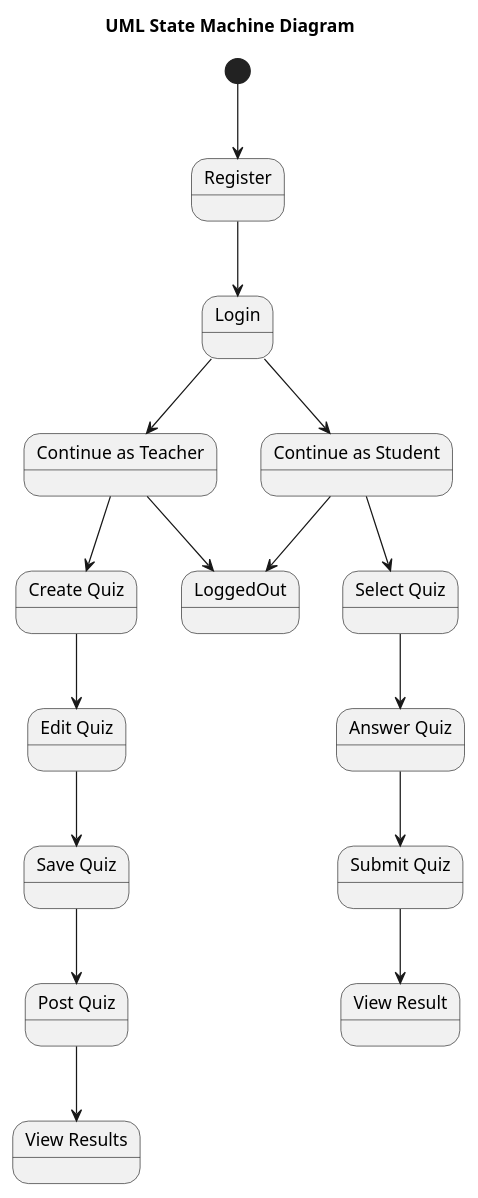
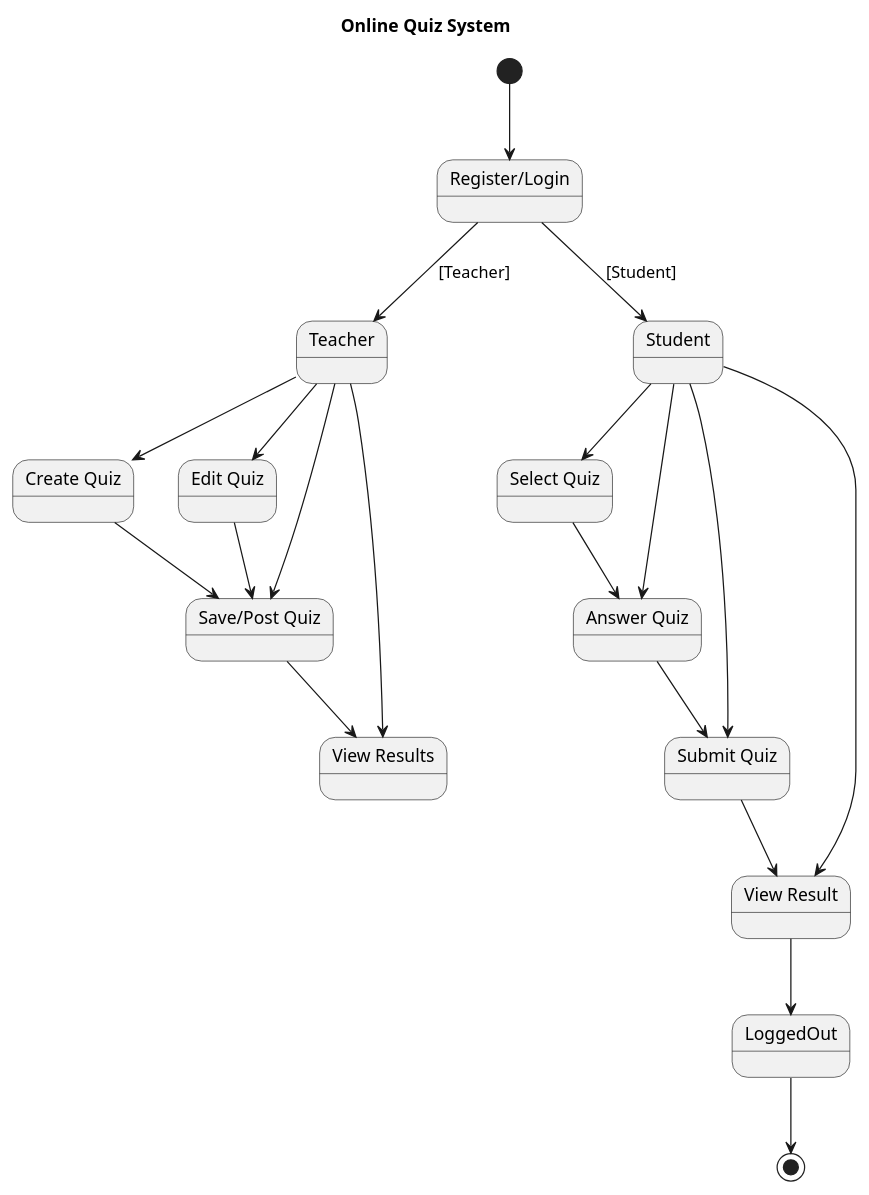
Before and after one commit to maimunafaria/State_transition_Diagram_generated_by_LLM: the diagram in results/plantuml_pipeline/runs/open_source__llama31_8b_instruct__rag_validation_generator_critic_repair/case_37_online_quiz_system/run_01.repair_01.puml, drawn with PlantUML. The commit also changed 210 other files, not shown here.

```diff
--- a/results/plantuml_pipeline/runs/open_source__llama31_8b_instruct__rag_validation_generator_critic_repair/case_37_online_quiz_system/run_01.repair_01.puml
+++ b/results/plantuml_pipeline/runs/open_source__llama31_8b_instruct__rag_validation_generator_critic_repair/case_37_online_quiz_system/run_01.repair_01.puml
@@ -1,35 +1,43 @@
 @startuml
-title UML State Machine Diagram
+title Online Quiz System
 
-state "Register" as Register
-state "Login" as Login
-state "Continue as Teacher" as ContinueTeacher
-state "Continue as Student" as ContinueStudent
+state "Register/Login" as RegisterLogin
+state "Teacher" as Teacher
+state "Student" as Student
 state "Create Quiz" as CreateQuiz
 state "Edit Quiz" as EditQuiz
-state "Save Quiz" as SaveQuiz
-state "Post Quiz" as PostQuiz
+state "Save/Post Quiz" as SavePostQuiz
 state "View Results" as ViewResults
 state "Select Quiz" as SelectQuiz
 state "Answer Quiz" as AnswerQuiz
 state "Submit Quiz" as SubmitQuiz
 state "View Result" as ViewResult
 state "LoggedOut" as LoggedOut
 
-[*] --> Register
-Register --> Login
-Login --> ContinueTeacher
-Login --> ContinueStudent
-ContinueTeacher --> CreateQuiz
-ContinueStudent --> SelectQuiz
-CreateQuiz --> EditQuiz
-EditQuiz --> SaveQuiz
-SaveQuiz --> PostQuiz
-PostQuiz --> ViewResults
+[*] --> RegisterLogin
+
+RegisterLogin --> Teacher : [Teacher]
+RegisterLogin --> Student : [Student]
+
+Teacher --> CreateQuiz
+Teacher --> EditQuiz
+Teacher --> SavePostQuiz
+Teacher --> ViewResults
+
+Student --> SelectQuiz
+Student --> AnswerQuiz
+Student --> SubmitQuiz
+Student --> ViewResult
+
+CreateQuiz --> SavePostQuiz
+EditQuiz --> SavePostQuiz
+SavePostQuiz --> ViewResults
+
 SelectQuiz --> AnswerQuiz
 AnswerQuiz --> SubmitQuiz
 SubmitQuiz --> ViewResult
-ContinueTeacher --> LoggedOut
-ContinueStudent --> LoggedOut
+
+ViewResult --> LoggedOut
+LoggedOut --> [*]
 
 @enduml
```
